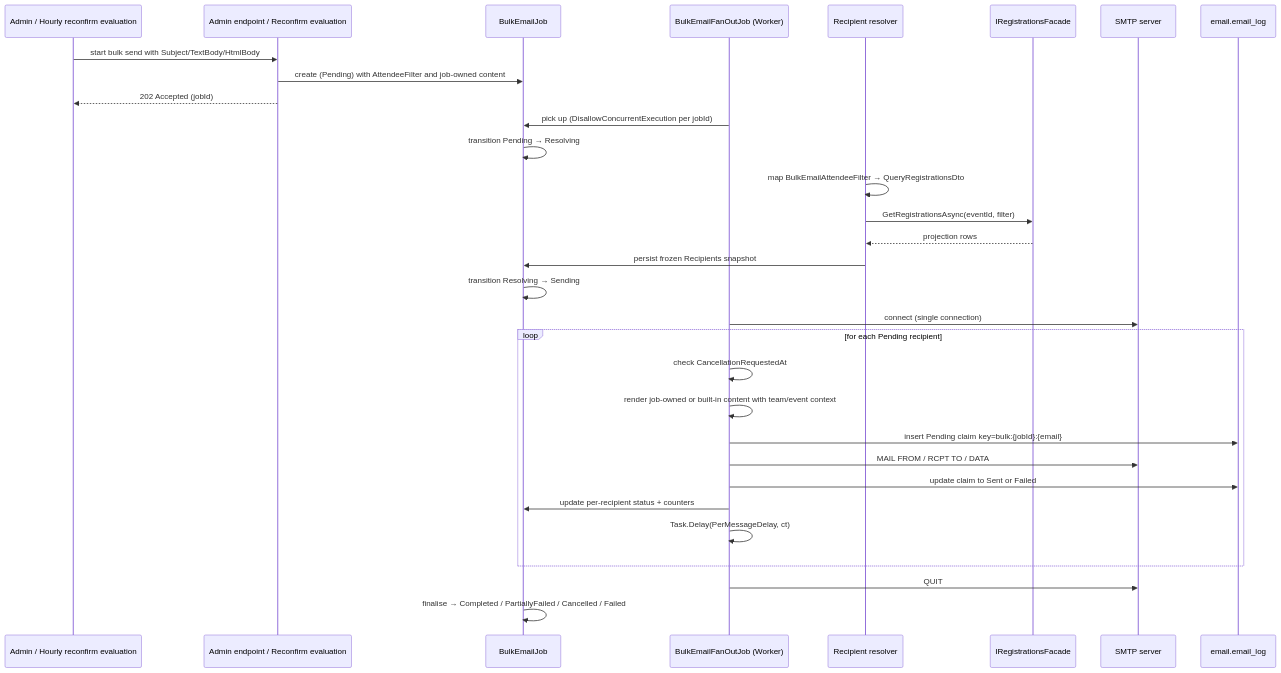
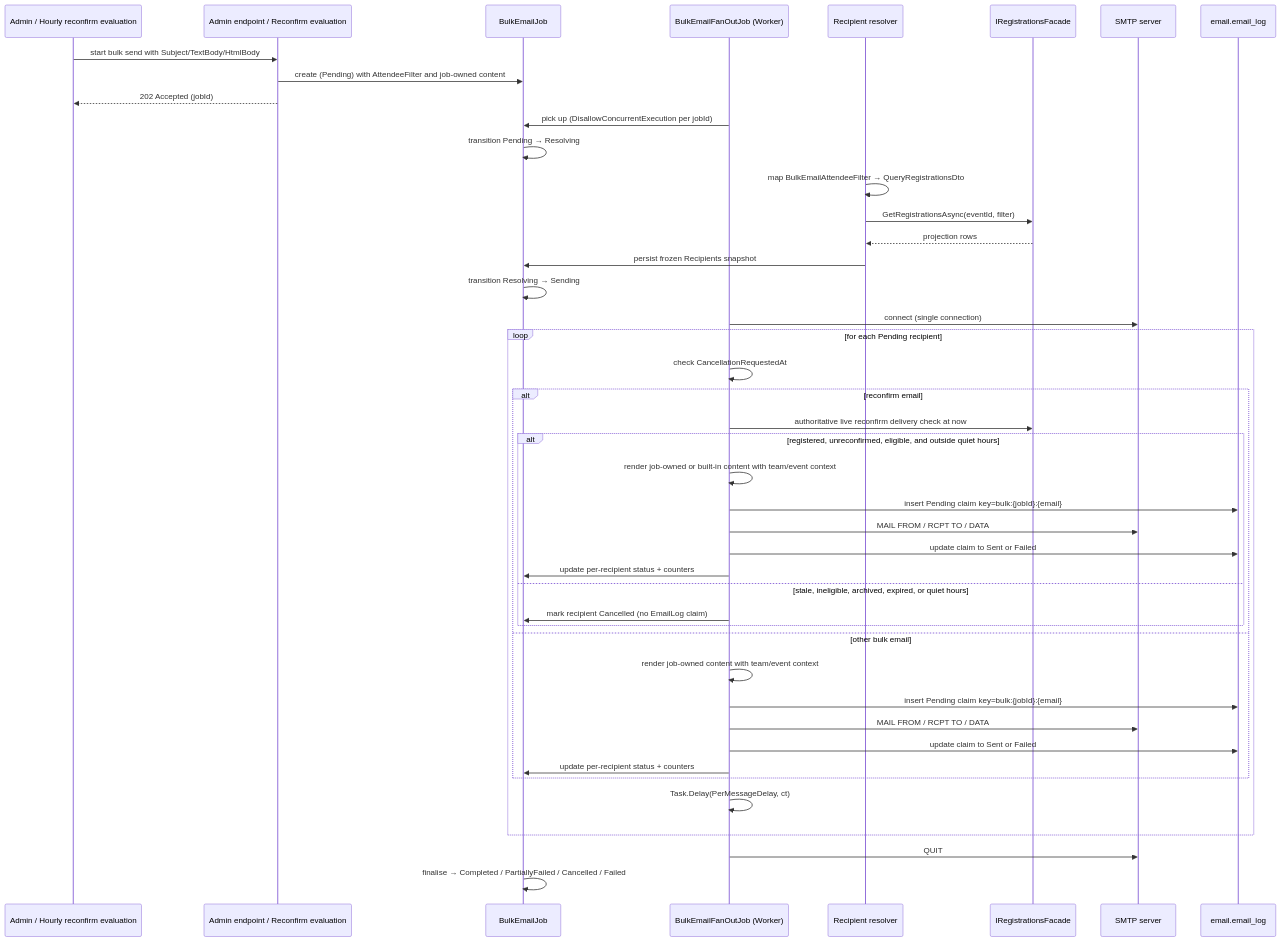
Before and after one commit to amolenk/Admitto: the ninth of 12 diagrams in docs/arc42/06-runtime-view.md, drawn with Mermaid. The commit also changed other lines of this file and 20 other files, not shown here.

````diff
--- a/docs/arc42/06-runtime-view.md
+++ b/docs/arc42/06-runtime-view.md
@@ -267,34 +269,47 @@
 ```mermaid
 sequenceDiagram
     participant Admin as Admin / Hourly reconfirm evaluation
     participant Endpoint as Admin endpoint / Reconfirm evaluation
     participant Job as BulkEmailJob
     participant FanOut as BulkEmailFanOutJob (Worker)
     participant Resolver as Recipient resolver
     participant Facade as IRegistrationsFacade
     participant SMTP as SMTP server
     participant EmailLog as email.email_log
 
     Admin->>Endpoint: start bulk send with Subject/TextBody/HtmlBody
     Endpoint->>Job: create (Pending) with AttendeeFilter and job-owned content
     Endpoint-->>Admin: 202 Accepted (jobId)
     FanOut->>Job: pick up (DisallowConcurrentExecution per jobId)
     Job->>Job: transition Pending → Resolving
     Resolver->>Resolver: map BulkEmailAttendeeFilter → QueryRegistrationsDto
     Resolver->>Facade: GetRegistrationsAsync(eventId, filter)
     Facade-->>Resolver: projection rows
     Resolver->>Job: persist frozen Recipients snapshot
     Job->>Job: transition Resolving → Sending
     FanOut->>SMTP: connect (single connection)
     loop for each Pending recipient
       FanOut->>FanOut: check CancellationRequestedAt
-      FanOut->>FanOut: render job-owned or built-in content with team/event context
-      FanOut->>EmailLog: insert Pending claim key=bulk:{jobId}:{email}
-      FanOut->>SMTP: MAIL FROM / RCPT TO / DATA
-      FanOut->>EmailLog: update claim to Sent or Failed
-      FanOut->>Job: update per-recipient status + counters
+      alt reconfirm email
+        FanOut->>Facade: authoritative live reconfirm delivery check at now
+        alt registered, unreconfirmed, eligible, and outside quiet hours
+          FanOut->>FanOut: render job-owned or built-in content with team/event context
+          FanOut->>EmailLog: insert Pending claim key=bulk:{jobId}:{email}
+          FanOut->>SMTP: MAIL FROM / RCPT TO / DATA
+          FanOut->>EmailLog: update claim to Sent or Failed
+          FanOut->>Job: update per-recipient status + counters
+        else stale, ineligible, archived, expired, or quiet hours
+          FanOut->>Job: mark recipient Cancelled (no EmailLog claim)
+        end
+      else other bulk email
+        FanOut->>FanOut: render job-owned content with team/event context
+        FanOut->>EmailLog: insert Pending claim key=bulk:{jobId}:{email}
+        FanOut->>SMTP: MAIL FROM / RCPT TO / DATA
+        FanOut->>EmailLog: update claim to Sent or Failed
+        FanOut->>Job: update per-recipient status + counters
+      end
       FanOut->>FanOut: Task.Delay(PerMessageDelay, ct)
     end
     FanOut->>SMTP: QUIT
     Job->>Job: finalise → Completed / PartiallyFailed / Cancelled / Failed
 ```
````
